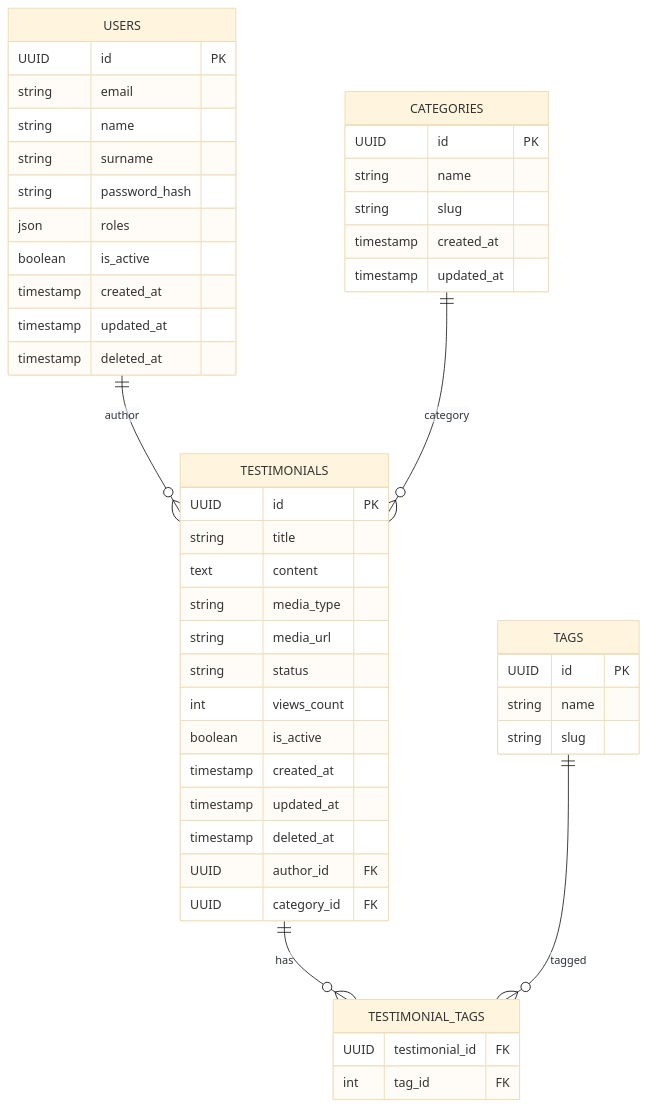
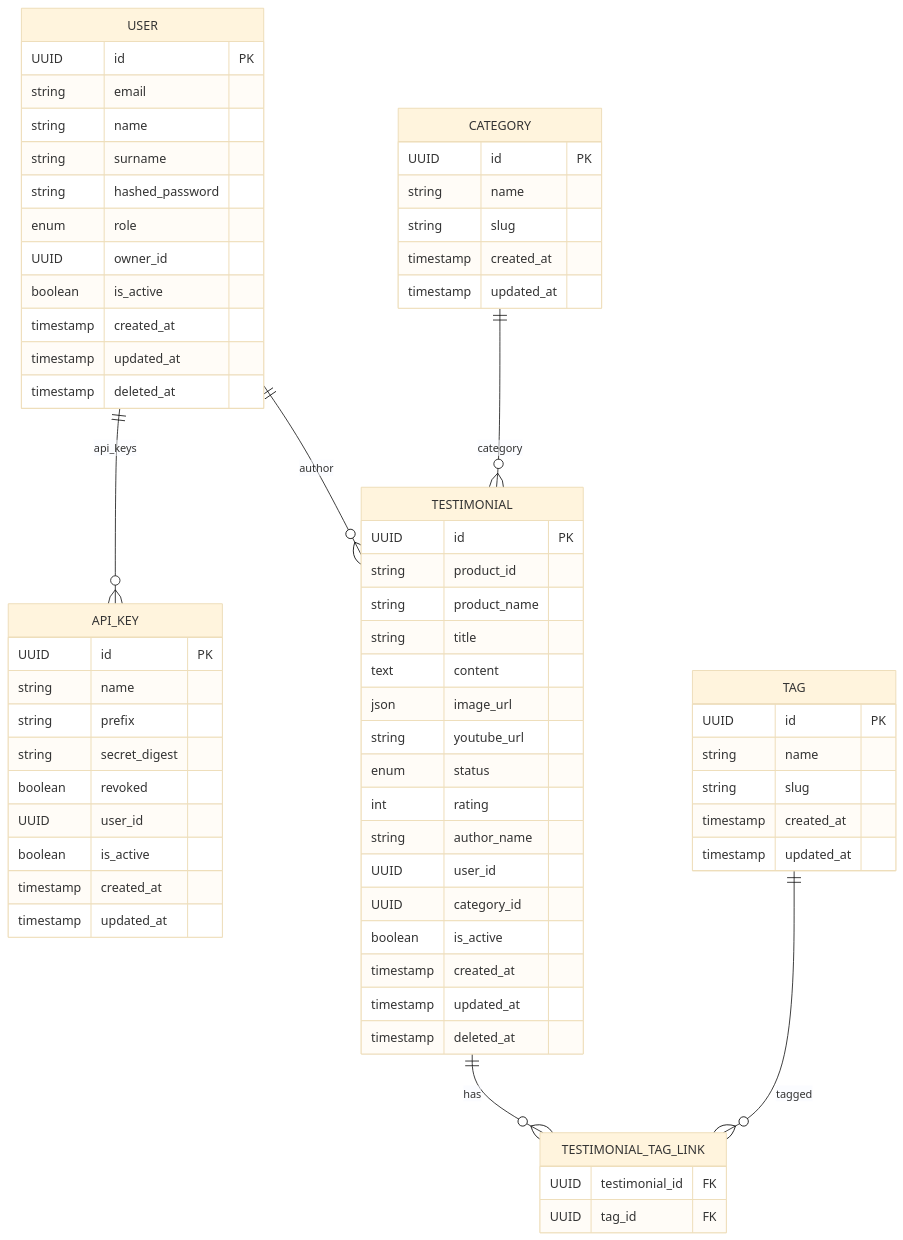
One commit to S11-25-Equipo-40-WebApp/S11-25-Equipo-40-WebApp changed the diagram in Backend/docs/DATABASE.md. Above: the diagram before and after it, drawn with Mermaid (base theme). The commit also changed other lines of this file, not shown here.

Commit message:
📝 docs: update database documentation to reflect current relational model and schema changes

````diff
--- a/Backend/docs/DATABASE.md
+++ b/Backend/docs/DATABASE.md
@@ -20,55 +22,74 @@
 ```mermaid
 erDiagram
-  USERS {
+  USER {
     UUID id PK
     string email
     string name
     string surname
-    string password_hash
-    json roles
+    string hashed_password
+    enum role
+    UUID owner_id
     boolean is_active
     timestamp created_at
     timestamp updated_at
     timestamp deleted_at
   }
 
-  CATEGORIES {
+  API_KEY {
+    UUID id PK
+    string name
+    string prefix
+    string secret_digest
+    boolean revoked
+    UUID user_id
+    boolean is_active
+    timestamp created_at
+    timestamp updated_at
+  }
+
+  CATEGORY {
     UUID id PK
     string name
     string slug
     timestamp created_at
     timestamp updated_at
   }
 
-  TESTIMONIALS {
+  TAG {
     UUID id PK
+    string name
+    string slug
+    timestamp created_at
+    timestamp updated_at
+  }
+
+  TESTIMONIAL {
+    UUID id PK
+    string product_id
+    string product_name
     string title
     text content
-    string media_type
-    string media_url
-    string status
-    int views_count
+    json image_url
+    string youtube_url
+    enum status
+    int rating
+    string author_name
+    UUID user_id
+    UUID category_id
     boolean is_active
     timestamp created_at
     timestamp updated_at
     timestamp deleted_at
-    UUID author_id FK
-    UUID category_id FK
   }
 
-  TAGS {
-    UUID id PK
-    string name
-    string slug
+  TESTIMONIAL_TAG_LINK {
+    UUID testimonial_id FK
+    UUID tag_id FK
   }
 
-  TESTIMONIAL_TAGS {
-    UUID testimonial_id FK
-    int tag_id FK
-  }
-
-  USERS ||--o{ TESTIMONIALS : "author"
-  CATEGORIES ||--o{ TESTIMONIALS : "category"
-  TESTIMONIALS ||--o{ TESTIMONIAL_TAGS : "has"
-  TAGS ||--o{ TESTIMONIAL_TAGS : "tagged"
+  USER ||--o{ TESTIMONIAL : "author"
+  USER ||--o{ API_KEY : "api_keys"
+  CATEGORY ||--o{ TESTIMONIAL : "category"
+  TESTIMONIAL ||--o{ TESTIMONIAL_TAG_LINK : "has"
+  TAG ||--o{ TESTIMONIAL_TAG_LINK : "tagged"
 ```
````
